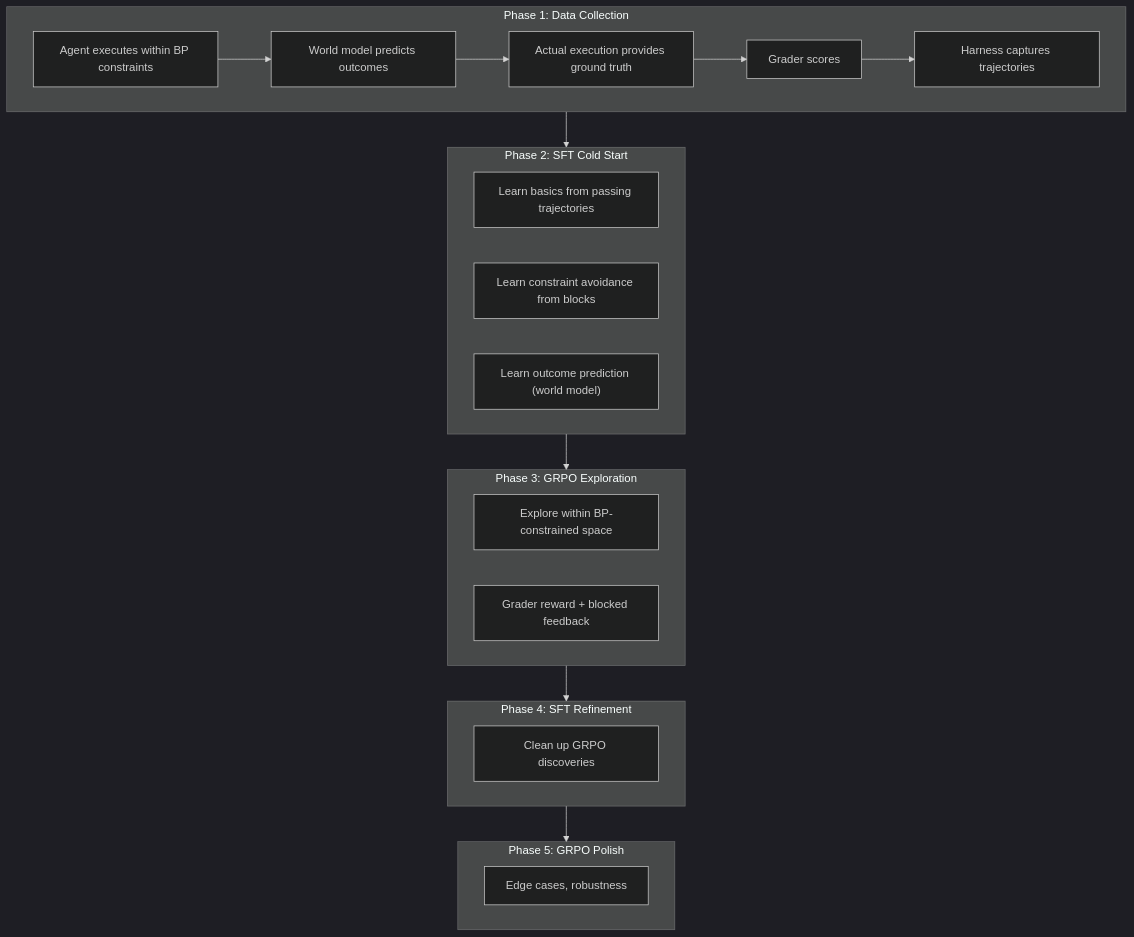
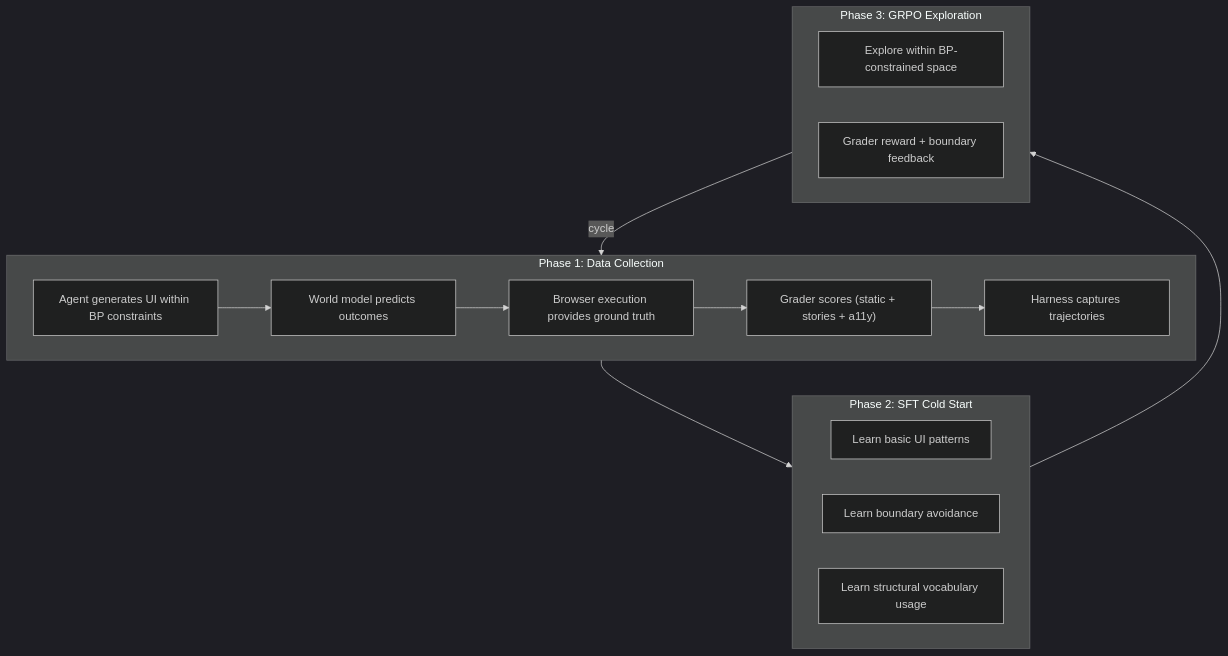
Before and after one commit to plaited/plaited: diagram 11 of 12 in PLAITED-AGENT-PLAN.md, drawn with Mermaid (dark theme). The commit also changed other lines of this file and 1 other file, not shown here.

First line of the commit message:
docs(agent): update plan to V8 — generative UI client + modnet architecture

````diff
--- a/PLAITED-AGENT-PLAN.md
+++ b/PLAITED-AGENT-PLAN.md
@@ -1073,32 +742,25 @@
 ```mermaid
 flowchart TB
     subgraph Phase1["Phase 1: Data Collection"]
-        Exec["Agent executes within BP constraints"]
+        Exec["Agent generates UI within BP constraints"]
         WM["World model predicts outcomes"]
-        Ground["Actual execution provides ground truth"]
-        Grade["Grader scores"]
+        Browser["Browser execution provides ground truth"]
+        Grade["Grader scores (static + stories + a11y)"]
         Capture["Harness captures trajectories"]
-        Exec --> WM --> Ground --> Grade --> Capture
+        Exec --> WM --> Browser --> Grade --> Capture
     end
 
     subgraph Phase2["Phase 2: SFT Cold Start"]
-        Learn1["Learn basics from passing trajectories"]
-        Learn2["Learn constraint avoidance from blocks"]
-        Learn3["Learn outcome prediction (world model)"]
+        Learn1["Learn basic UI patterns"]
+        Learn2["Learn boundary avoidance"]
+        Learn3["Learn structural vocabulary usage"]
     end
 
     subgraph Phase3["Phase 3: GRPO Exploration"]
         Explore["Explore within BP-constrained space"]
-        Reward["Grader reward + blocked feedback"]
+        Reward["Grader reward + boundary feedback"]
     end
 
-    subgraph Phase4["Phase 4: SFT Refinement"]
-        Clean["Clean up GRPO discoveries"]
-    end
-
-    subgraph Phase5["Phase 5: GRPO Polish"]
-        Edge["Edge cases, robustness"]
-    end
-
-    Phase1 --> Phase2 --> Phase3 --> Phase4 --> Phase5
+    Phase1 --> Phase2 --> Phase3
+    Phase3 -->|"cycle"| Phase1
 ```
````
